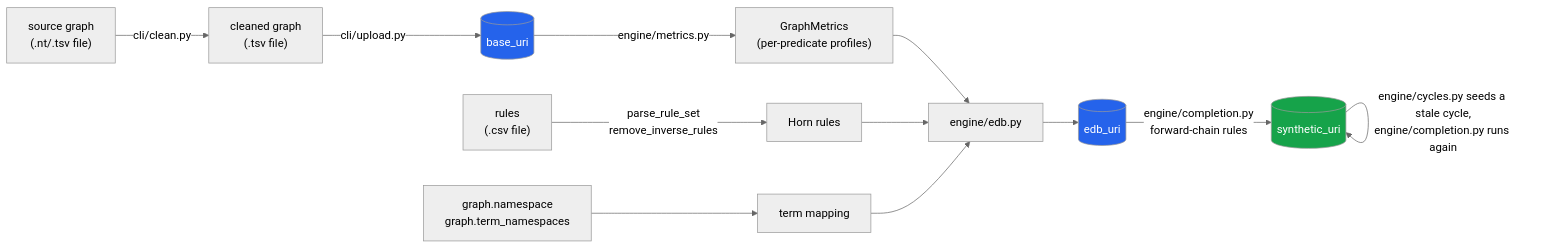
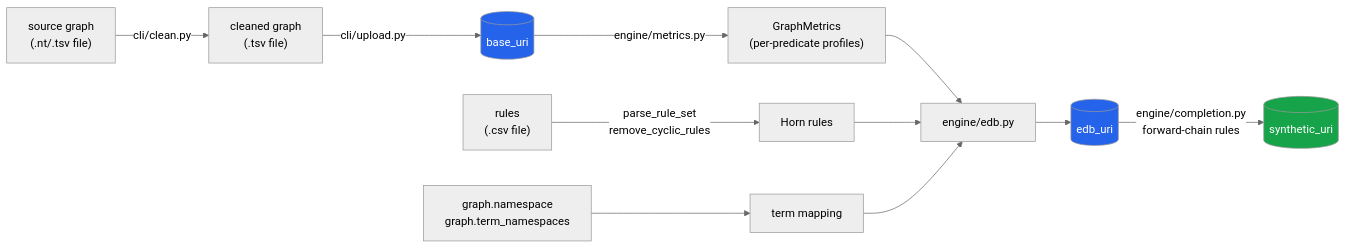
One commit to DavidGomez00/synthetic-knowledge-graph-generator changed the first of 2 diagrams in docs/architecture.md. Above: the diagram before and after it, drawn with Mermaid (neutral theme). The commit also changed other lines of this file and 16 other files, not shown here.

First line of the commit message:
Remove cyclic rules before EDB generation

````diff
--- a/docs/architecture.md
+++ b/docs/architecture.md
@@ -9,19 +9,18 @@
 ```mermaid
 flowchart LR
     RAW["source graph<br/>(.nt/.tsv file)"] -->|cli/clean.py| NT["cleaned graph<br/>(.tsv file)"]
     NT -->|cli/upload.py| BASE[("base_uri")]
     NS["graph.namespace<br/>graph.term_namespaces"] --> TERM["term mapping"]
-    RULES["rules<br/>(.csv file)"] -->|"parse_rule_set<br/>remove_inverse_rules"| HORN["Horn rules"]
+    RULES["rules<br/>(.csv file)"] -->|"parse_rule_set<br/>remove_cyclic_rules"| HORN["Horn rules"]
 
     BASE -->|engine/metrics.py| METRICS["GraphMetrics<br/>(per-predicate profiles)"]
 
     METRICS & HORN & TERM --> EDBGEN["engine/edb.py"]
     EDBGEN --> EDB[("edb_uri")]
 
     EDB -->|"engine/completion.py<br/>forward-chain rules"| SYN[("synthetic_uri")]
-    SYN -->|"engine/cycles.py seeds a stale cycle,<br/>engine/completion.py runs again"| SYN
 
     style BASE fill:#2563eb,color:#fff
     style EDB fill:#2563eb,color:#fff
     style SYN fill:#16a34a,color:#fff
 ```
````
